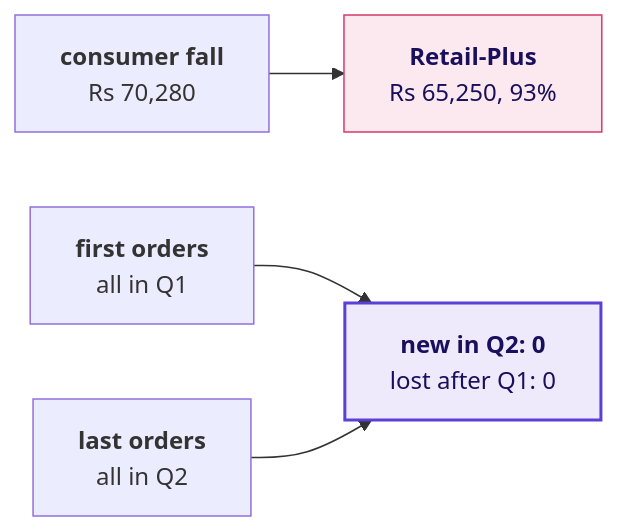
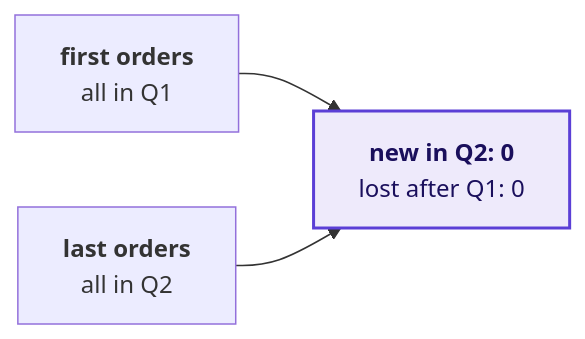
Diagram 34 of 34 in content/W01/D2/slides/C2_W01_D02_half1_STUDENT.md (fde-academy-lab/c2-content-factory), drawn with Mermaid before and after one commit. The commit also changed other lines of this file and 3 other files, not shown here.

````diff
--- a/content/W01/D2/slides/C2_W01_D02_half1_STUDENT.md
+++ b/content/W01/D2/slides/C2_W01_D02_half1_STUDENT.md
@@ -1233,10 +1822,7 @@
 ```mermaid
 flowchart LR
-    A["<b>consumer fall</b><br/>Rs 70,280"] --> D["<b>Retail-Plus</b><br/>Rs 65,250, 93%"]
     F["<b>first orders</b><br/>all in Q1"] --> N["<b>new in Q2: 0</b><br/>lost after Q1: 0"]
     L["<b>last orders</b><br/>all in Q2"] --> N
-    classDef bad fill:#FBE9EF,stroke:#D63A6A,color:#1A0F5C
     classDef known fill:#EEEAFB,stroke:#5B3FD6,color:#1A0F5C,stroke-width:2px
-    class D bad
     class N known
 ```
````
